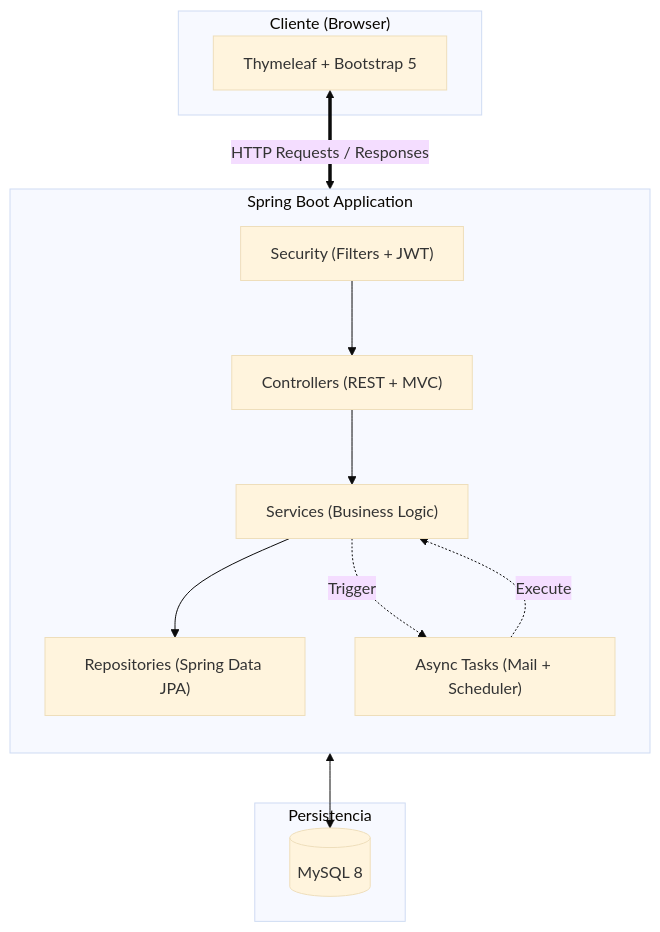
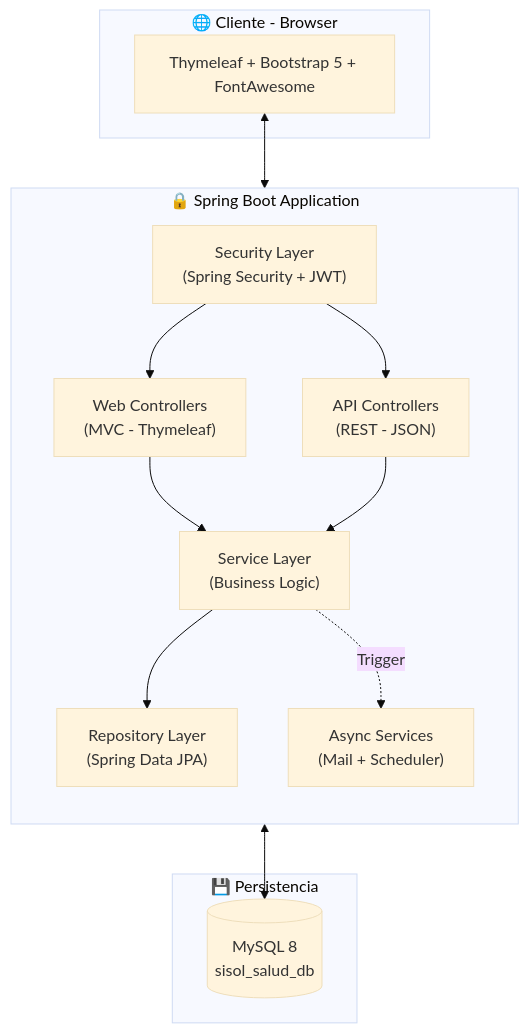
Before and after one commit to Alessandro-BS/Proyecto-Integrador: the first of 6 diagrams in README.md, drawn with Mermaid (base theme). The commit also changed other lines of this file, not shown here.

````diff
--- a/README.md
+++ b/README.md
@@ -21,30 +34,29 @@
 ```mermaid
 graph TB
-    subgraph "Cliente (Browser)"
-        TH["Thymeleaf + Bootstrap 5"]
+    subgraph "🌐 Cliente - Browser"
+        TH["Thymeleaf + Bootstrap 5 + FontAwesome"]
     end
 
-    subgraph "Spring Boot Application"
+    subgraph "🔒 Spring Boot Application"
         direction TB
-        SC["Security (Filters + JWT)"]
-        CT["Controllers (REST + MVC)"]
-        SV["Services (Business Logic)"]
-        RP["Repositories (Spring Data JPA)"]
-        NT["Async Tasks (Mail + Scheduler)"]
+        SC["Security Layer<br/>(Spring Security + JWT)"]
+        WC["Web Controllers<br/>(MVC - Thymeleaf)"]
+        AC["API Controllers<br/>(REST - JSON)"]
+        SV["Service Layer<br/>(Business Logic)"]
+        RP["Repository Layer<br/>(Spring Data JPA)"]
+        NT["Async Services<br/>(Mail + Scheduler)"]
     end
 
-    subgraph "Persistencia"
-        DB[(MySQL 8)]
+    subgraph "💾 Persistencia"
+        DB[("MySQL 8<br/>sisol_salud_db")]
     end
 
-    %% Relaciones de flujo
-    TH <==>|HTTP Requests / Responses| SC
-    SC --> CT
-    CT --> SV
+    TH <--> SC
+    SC --> WC
+    SC --> AC
+    WC --> SV
+    AC --> SV
     SV --> RP
     RP <--> DB
-    
-    %% Relaciones transversales
-    SV -.->|Trigger| NT
-    NT -.->|Execute| SV
+    SV -.->|"Trigger"| NT
 ```
````
